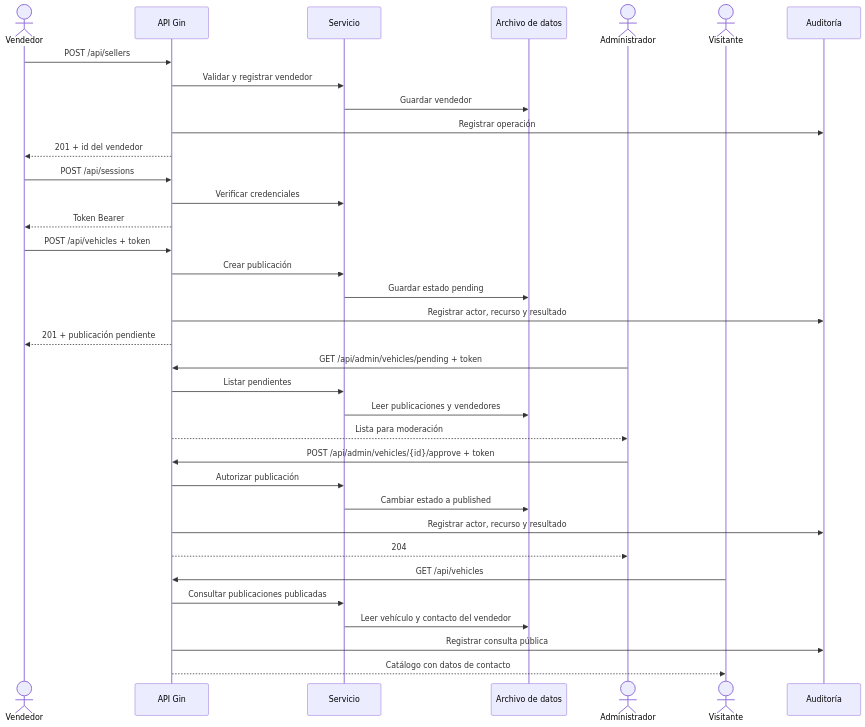
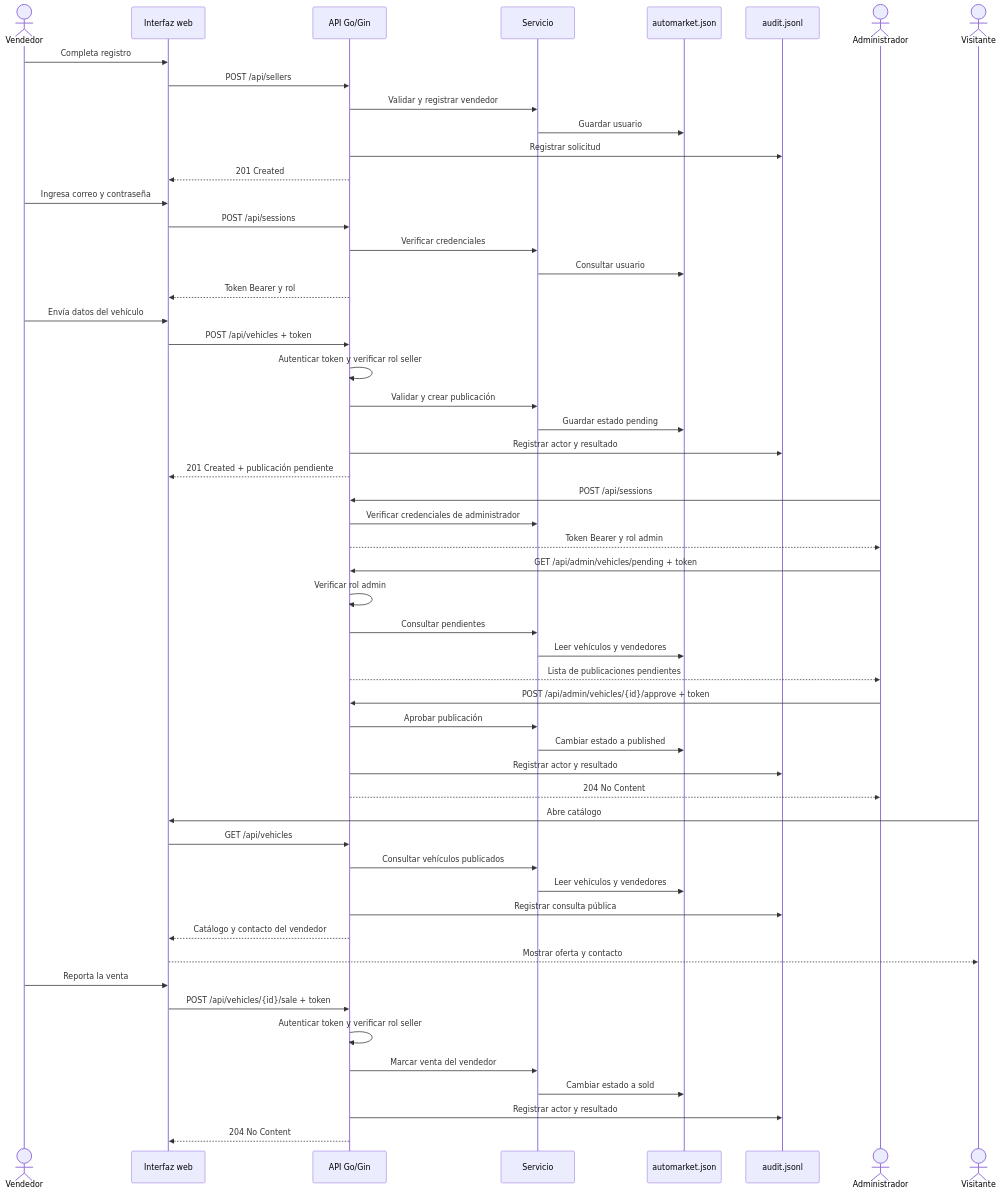
Before and after one commit to juan2007moran00-source/Car-Shop: the sixth of 6 diagrams in docs/DIAGRAMAS.md, drawn with Mermaid. The commit also changed other lines of this file, not shown here.

Commit message:
Completa diagramas C4 y comportamiento

````diff
--- a/docs/DIAGRAMAS.md
+++ b/docs/DIAGRAMAS.md
@@ -39,42 +195,62 @@
 ```mermaid
 sequenceDiagram
     actor V as Vendedor
-    participant API as API Gin
+    participant UI as Interfaz web
+    participant API as API Go/Gin
     participant S as Servicio
-    participant D as Archivo de datos
+    participant D as automarket.json
+    participant L as audit.jsonl
     actor A as Administrador
     actor X as Visitante
-    participant L as Auditoría
 
-    V->>API: POST /api/sellers
+    V->>UI: Completa registro
+    UI->>API: POST /api/sellers
     API->>S: Validar y registrar vendedor
-    S->>D: Guardar vendedor
-    API->>L: Registrar operación
-    API-->>V: 201 + id del vendedor
+    S->>D: Guardar usuario
+    API->>L: Registrar solicitud
+    API-->>UI: 201 Created
 
-    V->>API: POST /api/sessions
+    V->>UI: Ingresa correo y contraseña
+    UI->>API: POST /api/sessions
     API->>S: Verificar credenciales
-    API-->>V: Token Bearer
+    S->>D: Consultar usuario
+    API-->>UI: Token Bearer y rol
 
-    V->>API: POST /api/vehicles + token
-    API->>S: Crear publicación
+    V->>UI: Envía datos del vehículo
+    UI->>API: POST /api/vehicles + token
+    API->>API: Autenticar token y verificar rol seller
+    API->>S: Validar y crear publicación
     S->>D: Guardar estado pending
-    API->>L: Registrar actor, recurso y resultado
-    API-->>V: 201 + publicación pendiente
+    API->>L: Registrar actor y resultado
+    API-->>UI: 201 Created + publicación pendiente
 
+    A->>API: POST /api/sessions
+    API->>S: Verificar credenciales de administrador
+    API-->>A: Token Bearer y rol admin
     A->>API: GET /api/admin/vehicles/pending + token
-    API->>S: Listar pendientes
-    S->>D: Leer publicaciones y vendedores
-    API-->>A: Lista para moderación
+    API->>API: Verificar rol admin
+    API->>S: Consultar pendientes
+    S->>D: Leer vehículos y vendedores
+    API-->>A: Lista de publicaciones pendientes
     A->>API: POST /api/admin/vehicles/{id}/approve + token
-    API->>S: Autorizar publicación
+    API->>S: Aprobar publicación
     S->>D: Cambiar estado a published
-    API->>L: Registrar actor, recurso y resultado
-    API-->>A: 204
+    API->>L: Registrar actor y resultado
+    API-->>A: 204 No Content
 
-    X->>API: GET /api/vehicles
-    API->>S: Consultar publicaciones publicadas
-    S->>D: Leer vehículo y contacto del vendedor
+    X->>UI: Abre catálogo
+    UI->>API: GET /api/vehicles
+    API->>S: Consultar vehículos publicados
+    S->>D: Leer vehículos y vendedores
     API->>L: Registrar consulta pública
-    API-->>X: Catálogo con datos de contacto
+    API-->>UI: Catálogo y contacto del vendedor
+    UI-->>X: Mostrar oferta y contacto
+
+    V->>UI: Reporta la venta
+    UI->>API: POST /api/vehicles/{id}/sale + token
+    API->>API: Autenticar token y verificar rol seller
+    API->>S: Marcar venta del vendedor
+    S->>D: Cambiar estado a sold
+    API->>L: Registrar actor y resultado
+    API-->>UI: 204 No Content
 ```
````
